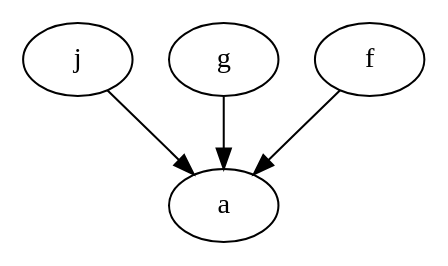
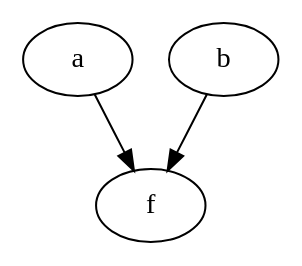
Before and after one commit to mikedecr/blog_fp_basics: the first of 2 diagrams in index.qmd, drawn with Graphviz. The commit also changed other lines of this file, not shown here.

Commit message:
modest revisions esp to tree analogy

````diff
--- a/index.qmd
+++ b/index.qmd
@@ -137,10 +128,9 @@
 ```{dot}
 #| fig-align: center
-#| label: fig-tree
+#| label: fig-tree-0
 digraph F {
     layout=dot
-    j -> a;
-    g -> a;
-    f -> a;
+    a -> f
+    b -> f
 }
 ```
````
